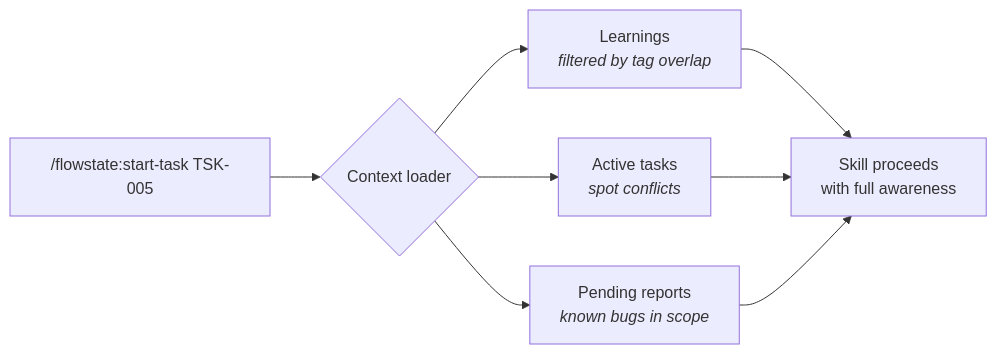
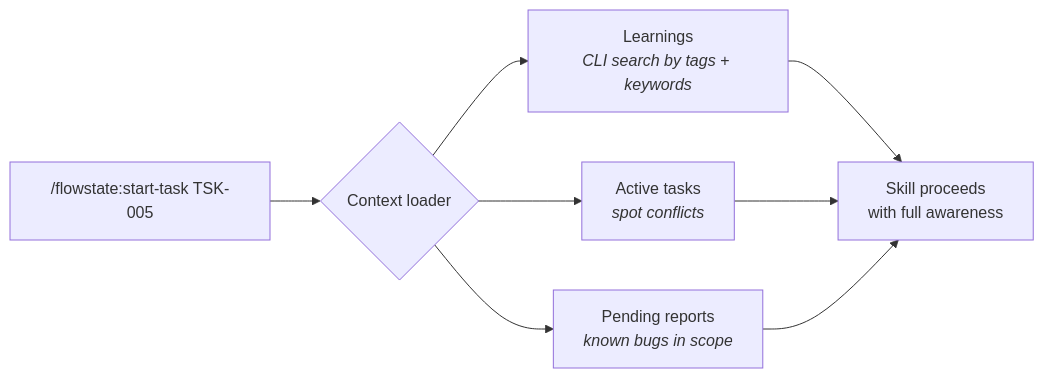
One commit to jmlweb/flowstate-skill changed the fourth of 5 diagrams in README.md. Above: the diagram before and after it, drawn with Mermaid. The commit also changed other lines of this file and 22 other files, not shown here.

````diff
--- a/README.md
+++ b/README.md
@@ -351,8 +351,8 @@
 ```mermaid
 flowchart LR
     S["/flowstate:start-task TSK-005"] --> CL{Context loader}
-    CL --> L["Learnings<br/><i>filtered by tag overlap</i>"]
+    CL --> L["Learnings<br/><i>CLI search by tags + keywords</i>"]
     CL --> A["Active tasks<br/><i>spot conflicts</i>"]
     CL --> R["Pending reports<br/><i>known bugs in scope</i>"]
     L & A & R --> SK["Skill proceeds<br/>with full awareness"]
 ```
````
